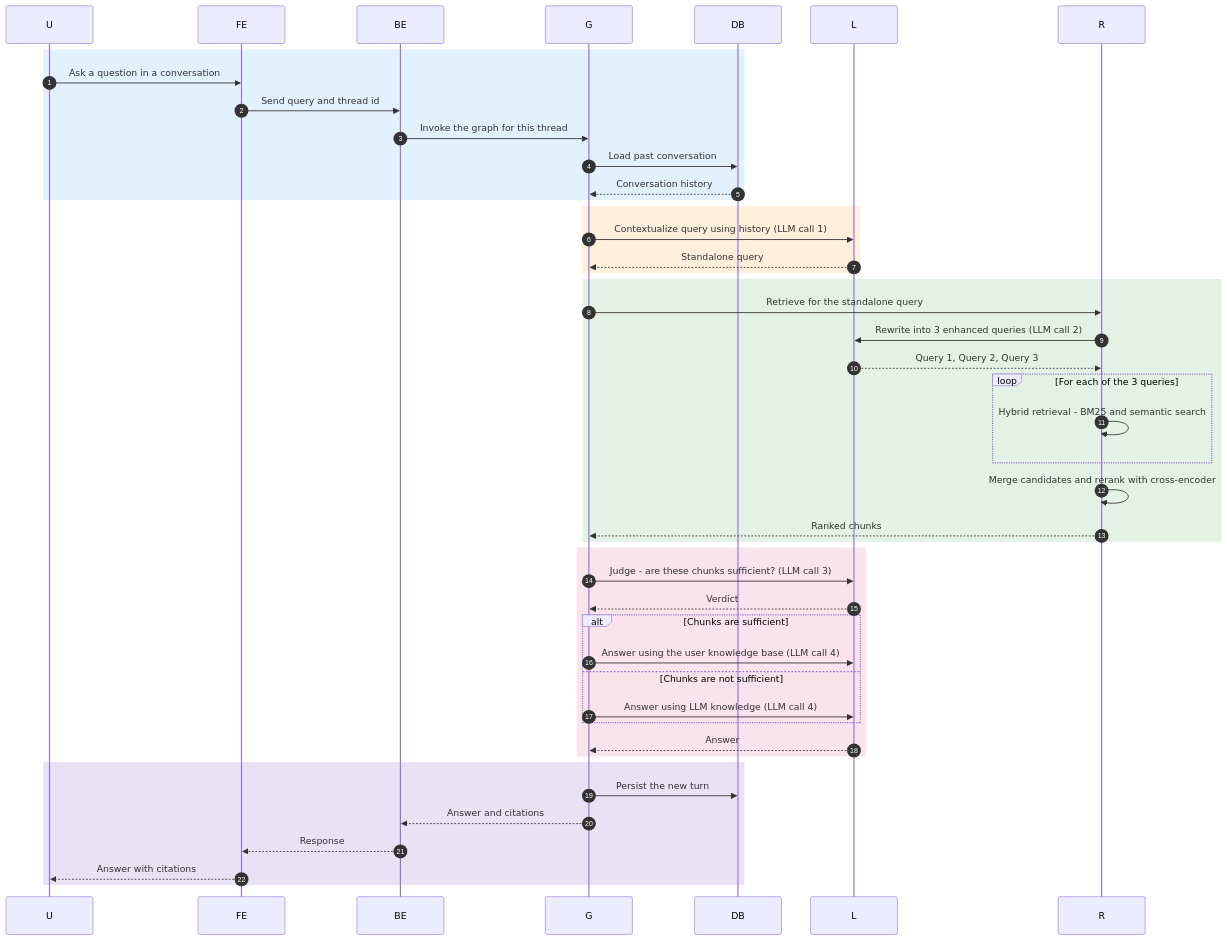
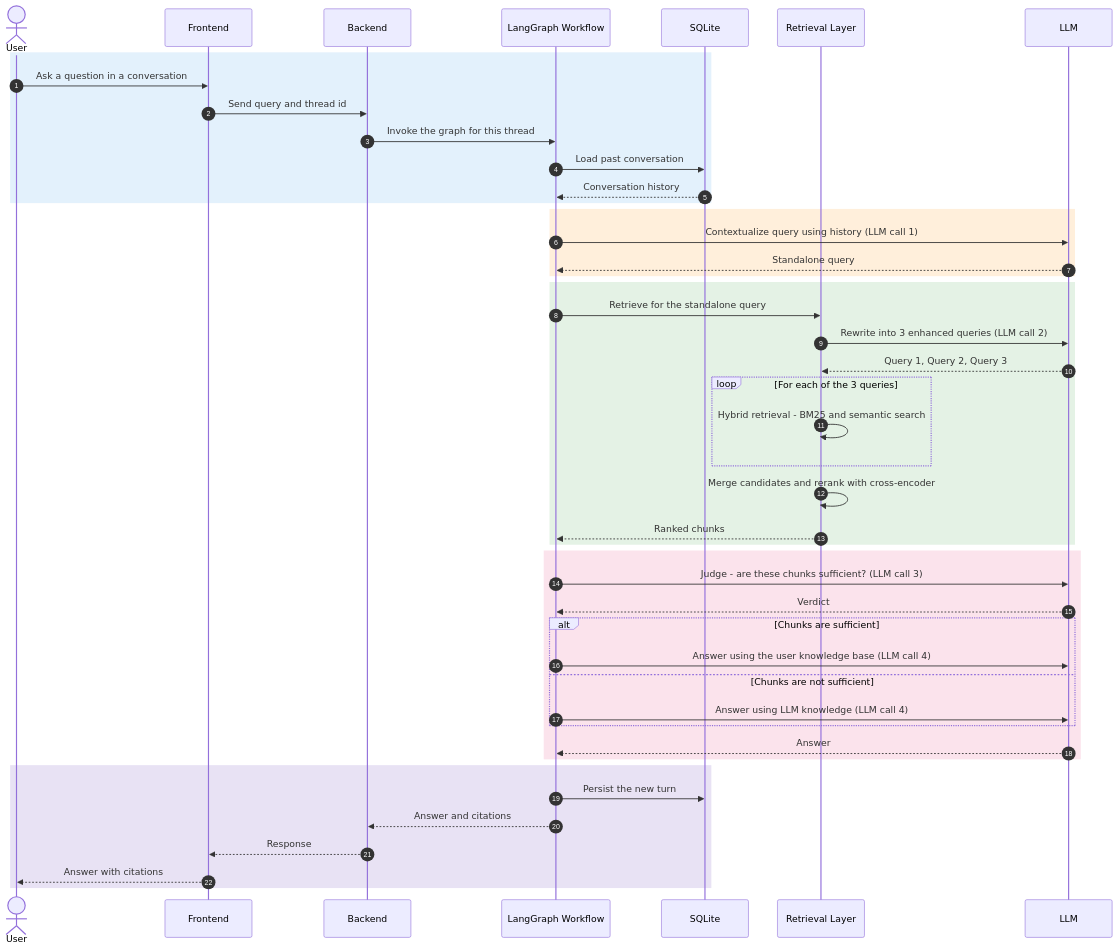
Before and after one commit to Abidkazmi7/Multipurpose-RAG: the first of 5 diagrams in README.md, drawn with Mermaid.

Commit message:
README update

````diff
--- a/README.md
+++ b/README.md
@@ -58,45 +58,53 @@
 ```mermaid
 sequenceDiagram
     autonumber
+    actor U as User
+    participant FE as Frontend
+    participant BE as Backend
+    participant G as LangGraph Workflow
+    participant DB as SQLite
+    participant R as Retrieval Layer
+    participant L as LLM
+
     rect rgba(30, 136, 229, 0.12)
         U->>FE: Ask a question in a conversation
         FE->>BE: Send query and thread id
         BE->>G: Invoke the graph for this thread
         G->>DB: Load past conversation
         DB-->>G: Conversation history
     end
 
     rect rgba(251, 140, 0, 0.14)
         G->>L: Contextualize query using history (LLM call 1)
         L-->>G: Standalone query
     end
 
     rect rgba(67, 160, 71, 0.14)
         G->>R: Retrieve for the standalone query
         R->>L: Rewrite into 3 enhanced queries (LLM call 2)
         L-->>R: Query 1, Query 2, Query 3
         loop For each of the 3 queries
             R->>R: Hybrid retrieval - BM25 and semantic search
         end
         R->>R: Merge candidates and rerank with cross-encoder
         R-->>G: Ranked chunks
     end
 
     rect rgba(216, 27, 96, 0.12)
         G->>L: Judge - are these chunks sufficient? (LLM call 3)
         L-->>G: Verdict
         alt Chunks are sufficient
             G->>L: Answer using the user knowledge base (LLM call 4)
         else Chunks are not sufficient
             G->>L: Answer using LLM knowledge (LLM call 4)
         end
         L-->>G: Answer
     end
 
     rect rgba(94, 53, 177, 0.14)
         G->>DB: Persist the new turn
         G-->>BE: Answer and citations
         BE-->>FE: Response
         FE-->>U: Answer with citations
     end
 ```
````
